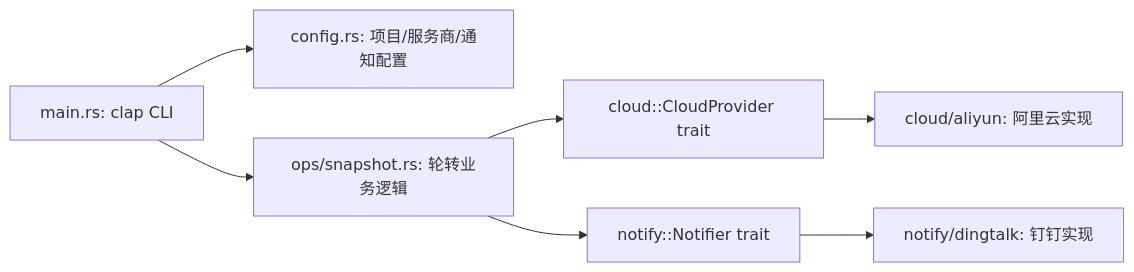
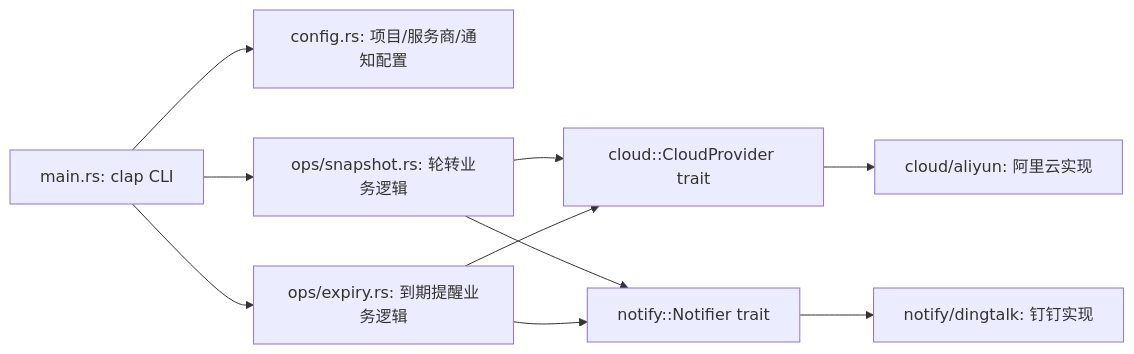
One commit to jackclub-cn/ops-console changed the diagram in README.md. Above: the diagram before and after it, drawn with Mermaid. The commit also changed other lines of this file and 8 other files, not shown here.

````diff
--- a/README.md
+++ b/README.md
@@ -142,9 +164,12 @@
 ```mermaid
 graph LR
     CLI[main.rs: clap CLI] --> C[config.rs: 项目/服务商/通知配置]
     CLI --> P[ops/snapshot.rs: 轮转业务逻辑]
+    CLI --> E[ops/expiry.rs: 到期提醒业务逻辑]
     P --> T[cloud::CloudProvider trait]
+    E --> T
     T --> A[cloud/aliyun: 阿里云实现]
     P --> N[notify::Notifier trait]
+    E --> N
     N --> D[notify/dingtalk: 钉钉实现]
 ```
````
